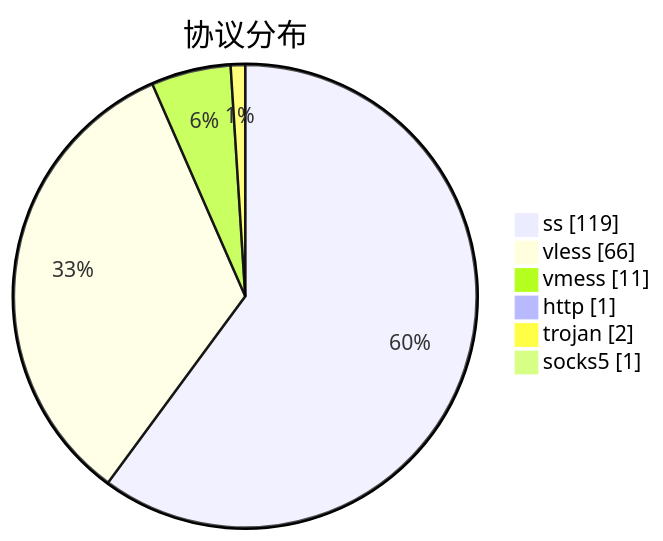
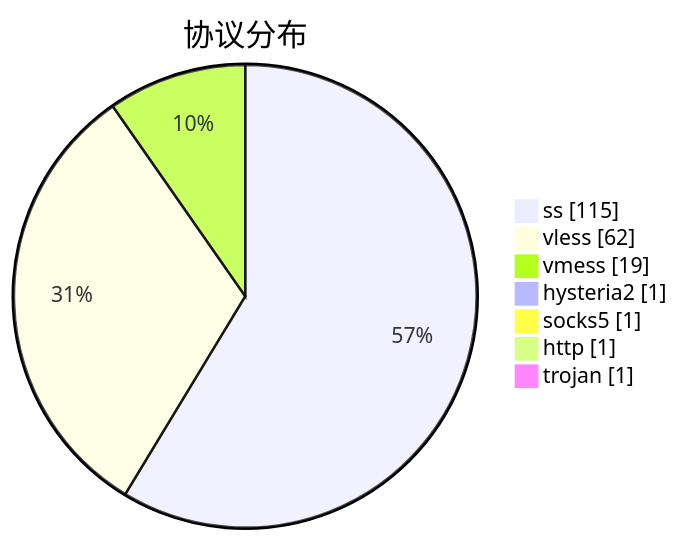
Before and after one commit to qjlxg/airport: the third of 3 diagrams in subs/statistics/tested_within.md, drawn with Mermaid. The commit also changed other lines of this file and 2 other files, not shown here.

````diff
--- a/subs/statistics/tested_within.md
+++ b/subs/statistics/tested_within.md
@@ -27,10 +26,11 @@
 ```mermaid
 pie showData
 title 协议分布
-"ss" : 119
-"vless" : 66
-"vmess" : 11
+"ss" : 115
+"vless" : 62
+"vmess" : 19
+"hysteria2" : 1
+"socks5" : 1
 "http" : 1
-"trojan" : 2
-"socks5" : 1
+"trojan" : 1
 ```
````
